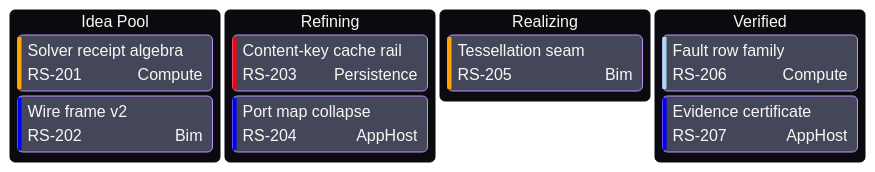
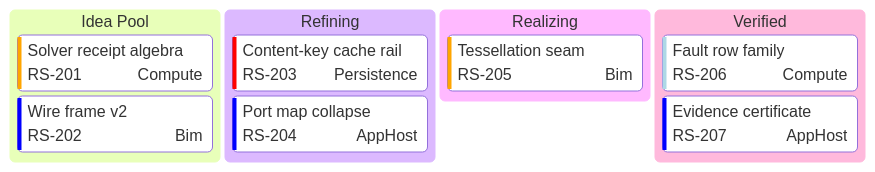
One commit to bsamiee/Rasm changed the diagram in .claude/skills/mermaid-diagramming/templates/board.mmd.md. Above: the diagram before and after it, drawn with Mermaid. The commit also changed other lines of this file and 28 other files, not shown here.

Commit message:
skills(docgen+mermaid): payload-only diagram law — docgen gate/fixer strips fence styling; mermaid bundle sheds the styling canon, theming survives as one opt-in reference

````diff
--- a/.claude/skills/mermaid-diagramming/templates/board.mmd.md
+++ b/.claude/skills/mermaid-diagramming/templates/board.mmd.md
@@ -5,47 +5,20 @@
 ```mermaid
 ---
 config:
-  theme: base
-  look: classic
   kanban:
     sectionWidth: 210
     ticketBaseUrl: '<ticket-url>#TICKET#'
-  themeVariables:
-    darkMode: true
-    fontFamily: "SF Mono, Menlo, Cascadia Mono, Segoe UI Mono, Consolas, monospace"
-    useGradient: false
-    dropShadow: "none"
-    textColor: "#F8F8F2"
-    background: "#44475A"
-    nodeBorder: "#BD93F9"
-    cScale0: "#21222C"
-    cScale1: "#21222C"
-    cScale2: "#21222C"
-    cScale3: "#21222C"
-    cScale4: "#21222C"
-    cScale5: "#21222C"
-    cScale6: "#21222C"
-    cScale7: "#21222C"
-    cScaleLabel0: "#D6BCFA"
-    cScaleLabel1: "#D6BCFA"
-    cScaleLabel2: "#D6BCFA"
-    cScaleLabel3: "#D6BCFA"
-    cScaleLabel4: "#D6BCFA"
-    cScaleLabel5: "#D6BCFA"
-    cScaleLabel6: "#D6BCFA"
-    cScaleLabel7: "#D6BCFA"
-  themeCSS: ".nodeLabel{font-size:13px;font-weight:500}.cluster-label .nodeLabel{font-size:13.5px;font-weight:700;color:#D6BCFA}.node rect{stroke-width:1.5px;filter:none!important}line[stroke='red']{stroke:#FF5555;stroke-width:3px}line[stroke='orange']{stroke:#FFB86C;stroke-width:3px}line[stroke='blue']{stroke:#6272A4;stroke-width:3px}line[stroke='lightblue']{stroke:#44475A;stroke-width:3px}"
 ---
 kanban
   pool[Idea Pool]
     t1[Solver receipt algebra]@{ ticket: RS-201, assigned: 'Compute', priority: 'High' }
     t2[Wire frame v2]@{ ticket: RS-202, assigned: 'Bim', priority: 'Low' }
   refine[Refining]
     t3[Content-key cache rail]@{ ticket: RS-203, assigned: 'Persistence', priority: 'Very High' }
     t4[Port map collapse]@{ ticket: RS-204, assigned: 'AppHost', priority: 'Low' }
   realize[Realizing]
     t5[Tessellation seam]@{ ticket: RS-205, assigned: 'Bim', priority: 'High' }
   verified[Verified]
     t6[Fault row family]@{ ticket: RS-206, assigned: 'Compute', priority: 'Very Low' }
     t7[Evidence certificate]@{ ticket: RS-207, assigned: 'AppHost', priority: 'Low' }
 ```
````
